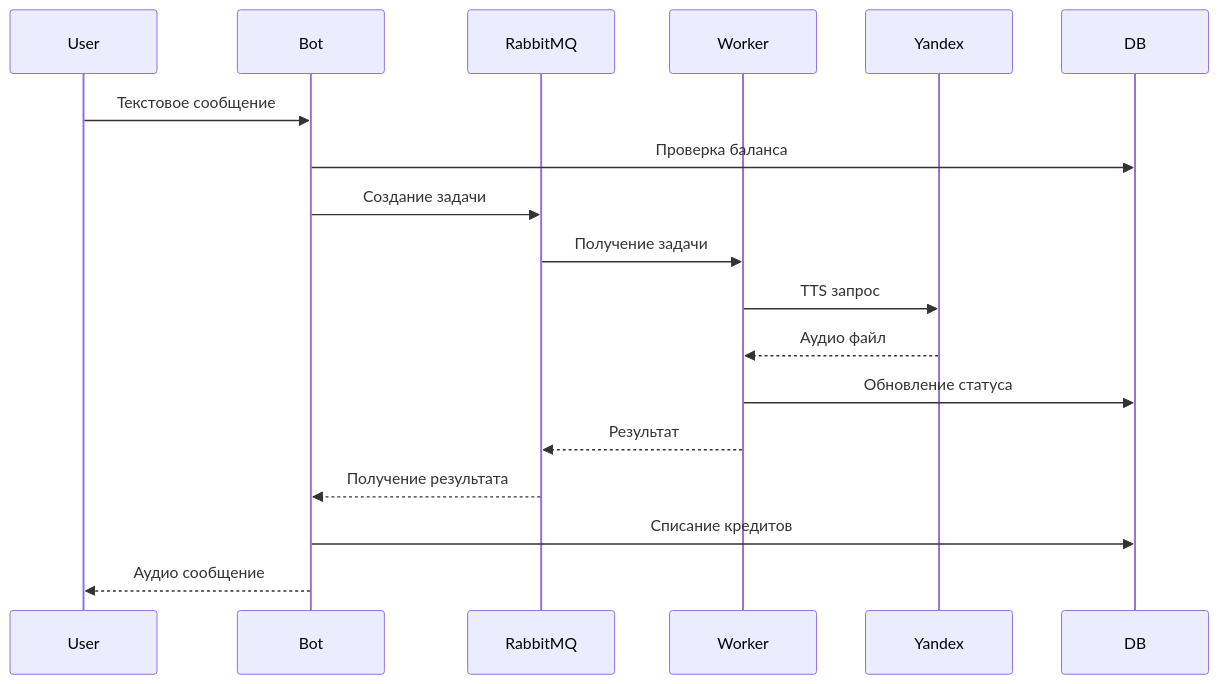
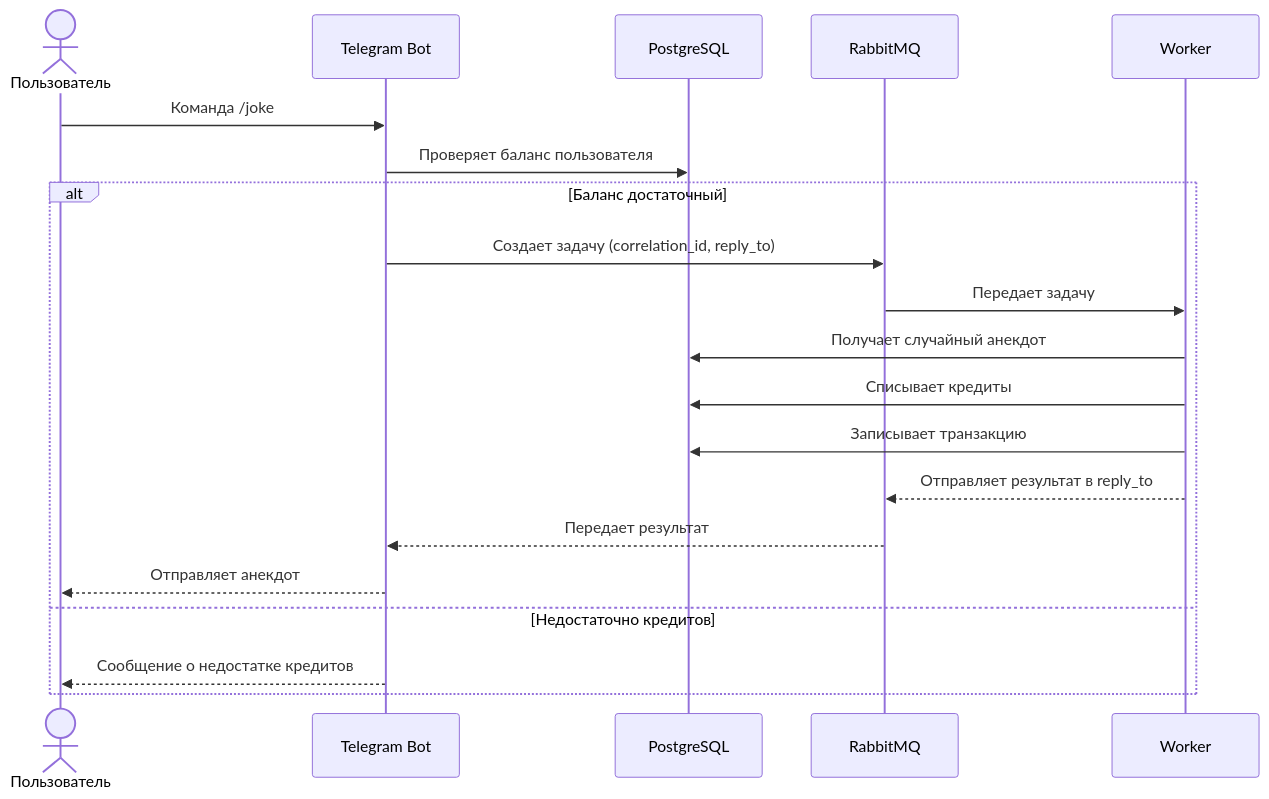
One commit to naumtsevalex/python_ml_billing_service changed the third of 6 diagrams in DETAILS.md. Above: the diagram before and after it, drawn with Mermaid. The commit also changed other lines of this file and 2 other files, not shown here.

Commit message:
refactor: Причесал /start + /help | Финальный короткий README.md и подробный с схемами DETAILS.md

````diff
--- a/DETAILS.md
+++ b/DETAILS.md
@@ -87,21 +275,23 @@
 ```mermaid
 sequenceDiagram
-    participant User
-    participant Bot
-    participant RabbitMQ
-    participant Worker
-    participant Yandex
-    participant DB
+    actor User as Пользователь
+    participant Bot as Telegram Bot
+    participant DB as PostgreSQL
+    participant RabbitMQ as RabbitMQ
+    participant Worker as Worker
 
-    User->>Bot: Текстовое сообщение
-    Bot->>DB: Проверка баланса
-    Bot->>RabbitMQ: Создание задачи
-    RabbitMQ->>Worker: Получение задачи
-    Worker->>Yandex: TTS запрос
-    Yandex-->>Worker: Аудио файл
-    Worker->>DB: Обновление статуса
-    Worker-->>RabbitMQ: Результат
-    RabbitMQ-->>Bot: Получение результата
-    Bot->>DB: Списание кредитов
-    Bot-->>User: Аудио сообщение
+    User->>Bot: Команда /joke
+    Bot->>DB: Проверяет баланс пользователя
+    alt Баланс достаточный
+        Bot->>RabbitMQ: Создает задачу (correlation_id, reply_to)
+        RabbitMQ->>Worker: Передает задачу
+        Worker->>DB: Получает случайный анекдот
+        Worker->>DB: Списывает кредиты
+        Worker->>DB: Записывает транзакцию
+        Worker-->>RabbitMQ: Отправляет результат в reply_to
+        RabbitMQ-->>Bot: Передает результат
+        Bot-->>User: Отправляет анекдот
+    else Недостаточно кредитов
+        Bot-->>User: Сообщение о недостатке кредитов
+    end
 ```
````
